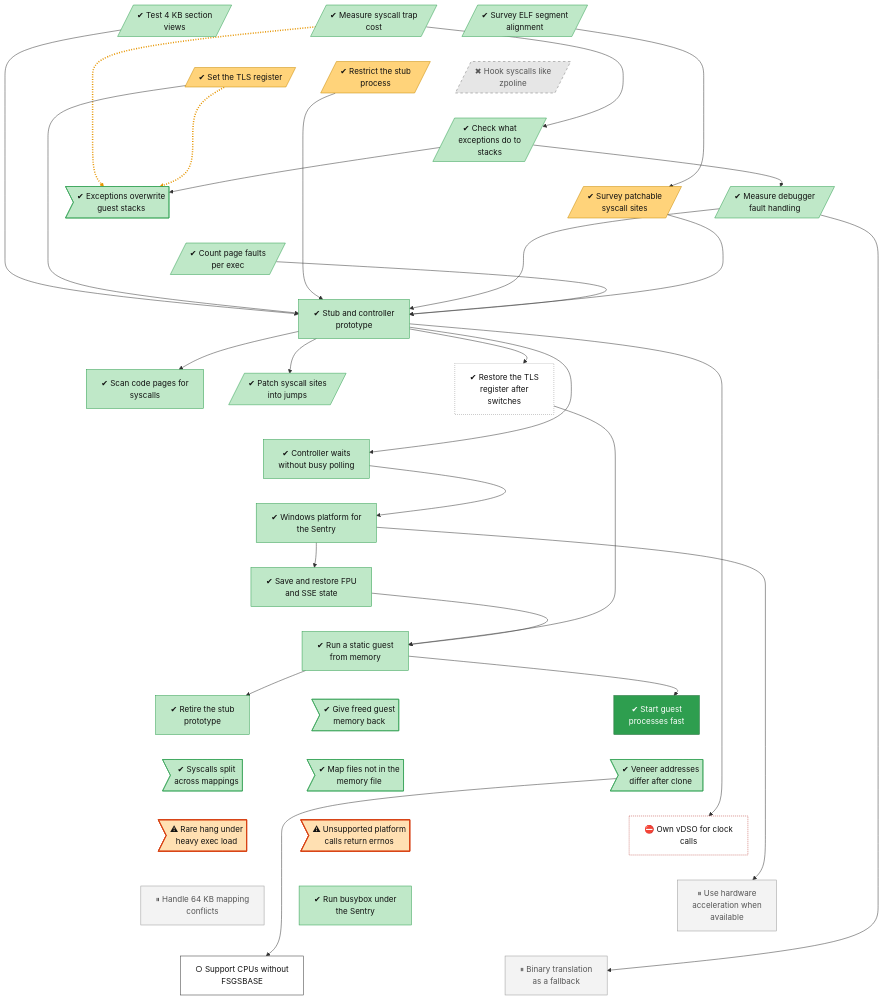
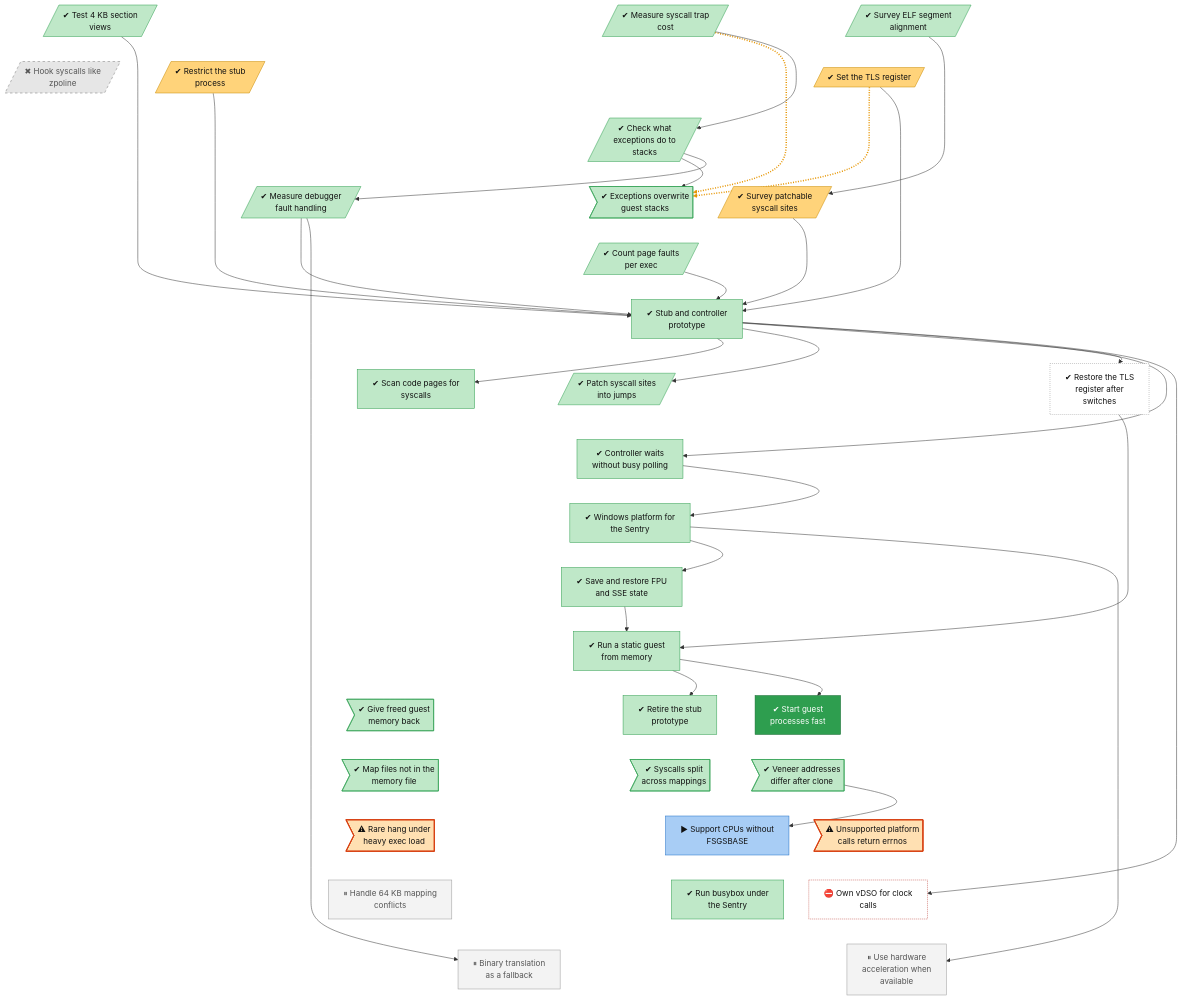
One commit to lhns/gvisor-windows changed the diagram in docs/roadmap/tracks/platform.md. Above: the diagram before and after it, drawn with Mermaid. The commit also changed other lines of this file and 4 other files, not shown here.

First line of the commit message:
Support CPUs without FSGSBASE by rewriting %fs accesses (ADR 0020)

````diff
--- a/docs/roadmap/tracks/platform.md
+++ b/docs/roadmap/tracks/platform.md
@@ -34,13 +34,13 @@
     platform_split_syscall_unpatched>"✔ Syscalls split<br/>across mappings"]
     platform_map_files_without_sections>"✔ Map files not in the<br/>memory file"]
     platform_veneer_address_in_child>"✔ Veneer addresses<br/>differ after clone"]
+    platform_no_fsgsbase_fallback["▶ Support CPUs without<br/>FSGSBASE"]
     platform_rare_hang_under_exec_load>"⚠ Rare hang under<br/>heavy exec load"]
     platform_unsupported_errno>"⚠ Unsupported platform<br/>calls return errnos"]
     platform_own_vdso["⛔ Own vDSO for clock<br/>calls"]
     platform_64k_mapping_conflicts["⏸ Handle 64 KB mapping<br/>conflicts"]
     platform_busybox_on_windows["✔ Run busybox under<br/>the Sentry"]
     platform_hardware_acceleration["⏸ Use hardware<br/>acceleration when<br/>available"]
-    platform_no_fsgsbase_fallback["○ Support CPUs without<br/>FSGSBASE"]
     platform_binary_translation_fallback["⏸ Binary translation<br/>as a fallback"]
     platform_elf_alignment_survey ~~~ platform_tls_register
     platform_trap_cost ~~~ platform_restricted_stub
@@ -70,15 +70,15 @@
     platform_retire_prototype ~~~ platform_split_syscall_unpatched
     platform_memory_release ~~~ platform_map_files_without_sections
     platform_fast_process_start ~~~ platform_veneer_address_in_child
-    platform_split_syscall_unpatched ~~~ platform_rare_hang_under_exec_load
-    platform_map_files_without_sections ~~~ platform_unsupported_errno
-    platform_veneer_address_in_child ~~~ platform_own_vdso
+    platform_split_syscall_unpatched ~~~ platform_no_fsgsbase_fallback
+    platform_map_files_without_sections ~~~ platform_rare_hang_under_exec_load
+    platform_veneer_address_in_child ~~~ platform_unsupported_errno
+    platform_no_fsgsbase_fallback ~~~ platform_own_vdso
     platform_rare_hang_under_exec_load ~~~ platform_64k_mapping_conflicts
     platform_unsupported_errno ~~~ platform_busybox_on_windows
     platform_own_vdso ~~~ platform_hardware_acceleration
-    platform_64k_mapping_conflicts ~~~ platform_no_fsgsbase_fallback
+    platform_64k_mapping_conflicts ~~~ platform_binary_translation_fallback
     platform_busybox_on_windows ~~~ platform_binary_translation_fallback
-    platform_hardware_acceleration ~~~ platform_binary_translation_fallback
     platform_trap_cost -.-> platform_veh_on_guest_stack_unsafe
     platform_tls_register -.-> platform_veh_on_guest_stack_unsafe
     platform_trap_cost --> platform_exception_stack
@@ -101,9 +101,9 @@
     platform_fp_state --> platform_static_guest_from_memory
     platform_static_guest_from_memory --> platform_retire_prototype
     platform_static_guest_from_memory --> platform_fast_process_start
+    platform_veneer_address_in_child --> platform_no_fsgsbase_fallback
     platform_stub_controller --> platform_own_vdso
     platform_winstub --> platform_hardware_acceleration
-    platform_veneer_address_in_child --> platform_no_fsgsbase_fallback
     platform_debug_event_cost --> platform_binary_translation_fallback
     linkStyle 37,38 stroke:#e69500,stroke-width:3px,stroke-dasharray:2 3
     classDef vsucc fill:#2e9e4f,stroke:#1b6b34,color:#fff
@@ -125,8 +125,8 @@
     class platform_zpoline_hooks dead
     class platform_fs_base_repair unrated
     class platform_fast_process_start vsucc
+    class platform_no_fsgsbase_fallback inprog
     class platform_rare_hang_under_exec_load,platform_unsupported_errno finding
     class platform_own_vdso blocked
     class platform_64k_mapping_conflicts,platform_hardware_acceleration,platform_binary_translation_fallback parked
-    class platform_no_fsgsbase_fallback next
 ```
````
